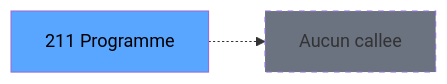
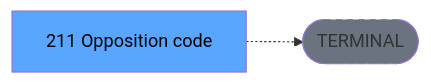
One commit to thonyAGP/lecteur-magic changed the third of 3 diagrams in .openspec/specs/ADH-IDE-211.md. Above: the diagram before and after it, drawn with Mermaid. The commit also changed other lines of this file and 701 other files, not shown here.

````diff
--- a/.openspec/specs/ADH-IDE-211.md
+++ b/.openspec/specs/ADH-IDE-211.md
@@ -143,8 +142,8 @@
 ```mermaid
 graph LR
-    T[211 Programme]
-    NONE[Aucun callee]
-    T -.-> NONE
+    T[211 Opposition code]
+    TERM([TERMINAL])
+    T -.-> TERM
+    style TERM fill:#6b7280,stroke-dasharray: 5 5
     style T fill:#58a6ff,color:#000
-    style NONE fill:#6b7280,stroke-dasharray: 5 5
 ```
````
